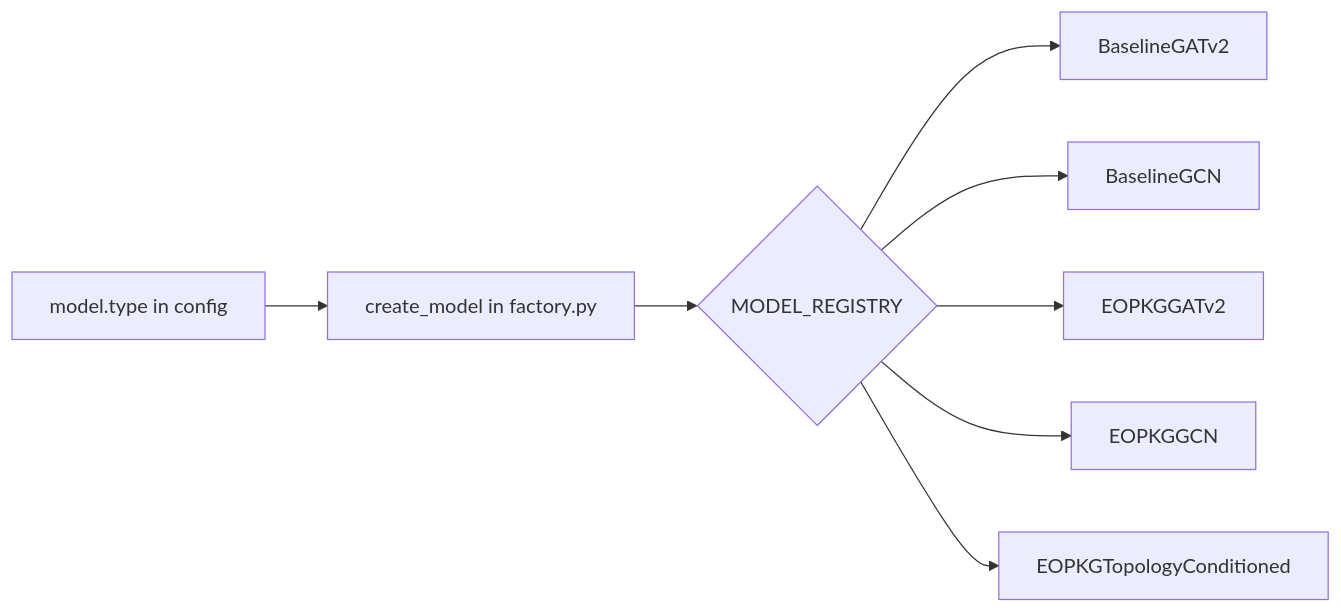
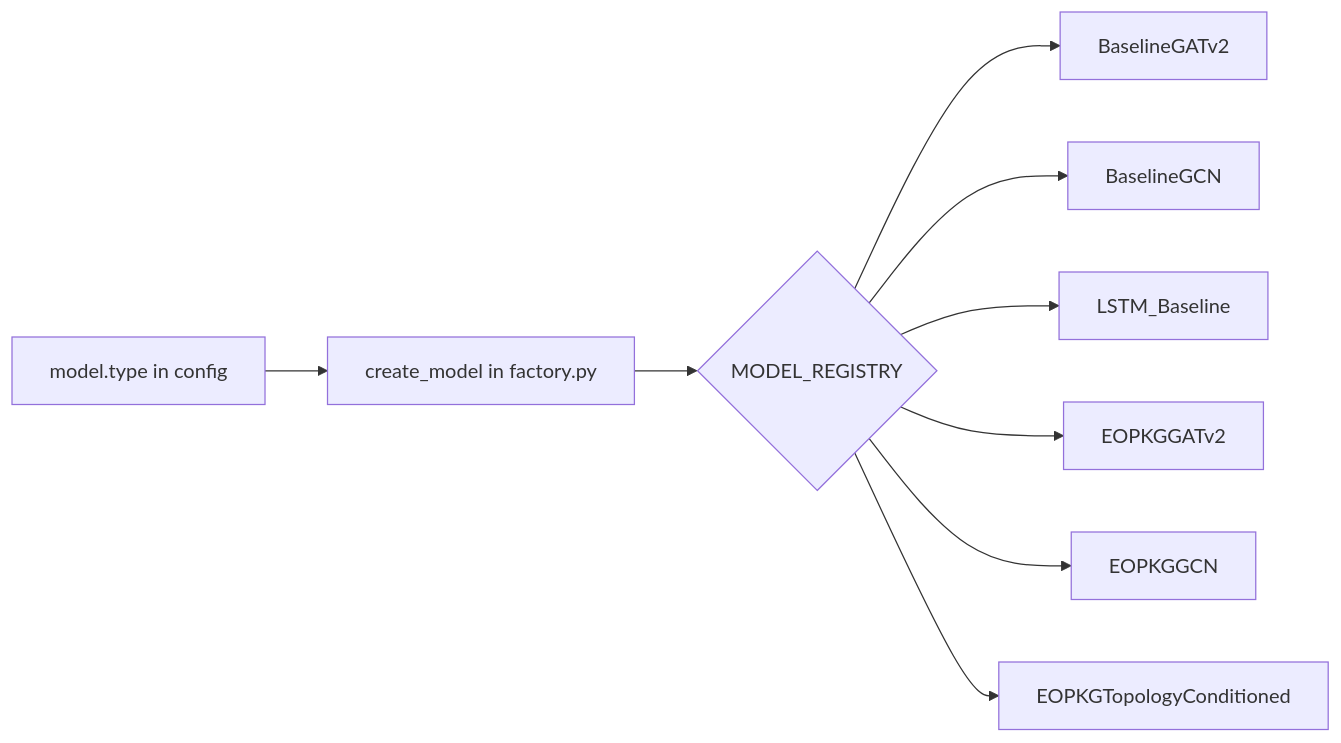
Before and after one commit to ghsrg/bpm_prediction: the first of 21 diagrams in docs/GNN_RUNTIME_MVP2_5.MD, drawn with Mermaid. The commit also changed other lines of this file and 374 other files, not shown here.

````diff
--- a/docs/GNN_RUNTIME_MVP2_5.MD
+++ b/docs/GNN_RUNTIME_MVP2_5.MD
@@ -37,10 +39,11 @@
 ```mermaid
 flowchart LR
     CFG[model.type in config] --> FACTORY[create_model in factory.py]
     FACTORY --> REG{MODEL_REGISTRY}
     REG --> BGAT[BaselineGATv2]
     REG --> BGCN[BaselineGCN]
+    REG --> BLSTM[LSTM_Baseline]
     REG --> EGAT[EOPKGGATv2]
     REG --> EGCN[EOPKGGCN]
     REG --> ETC[EOPKGTopologyConditioned]
 ```
````
